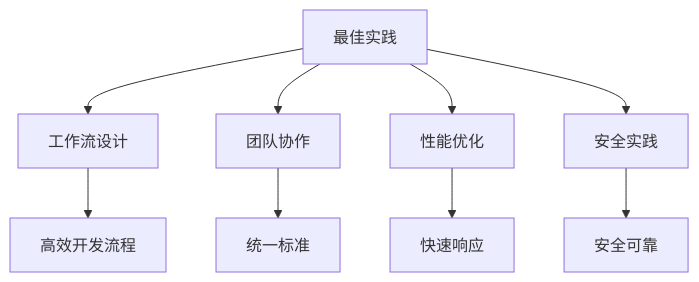
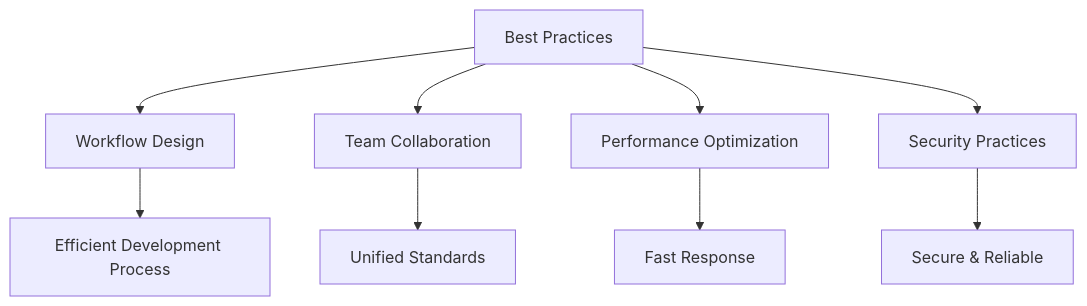
The first of 4 diagrams in 08-best-practices/README.md (DDR187/cursor-howto), drawn with Mermaid before and after one commit. The commit also changed other lines of this file and 22 other files, not shown here.

````diff
--- a/08-best-practices/README.md
+++ b/08-best-practices/README.md
@@ -28,12 +28,12 @@
 ```mermaid
 flowchart TB
-    A[最佳实践] --> B[工作流设计]
-    A --> C[团队协作]
-    A --> D[性能优化]
-    A --> E[安全实践]
+    A[Best Practices] --> B[Workflow Design]
+    A --> C[Team Collaboration]
+    A --> D[Performance Optimization]
+    A --> E[Security Practices]
     
-    B --> B1[高效开发流程]
-    C --> C1[统一标准]
-    D --> D1[快速响应]
-    E --> E1[安全可靠]
+    B --> B1[Efficient Development Process]
+    C --> C1[Unified Standards]
+    D --> D1[Fast Response]
+    E --> E1[Secure & Reliable]
 ```
````
